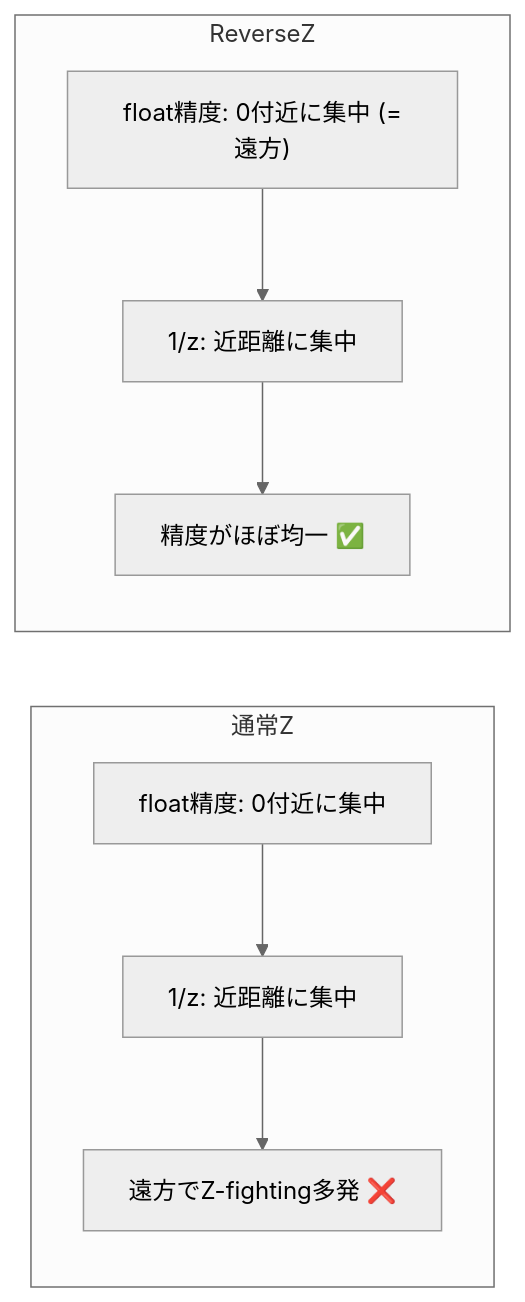
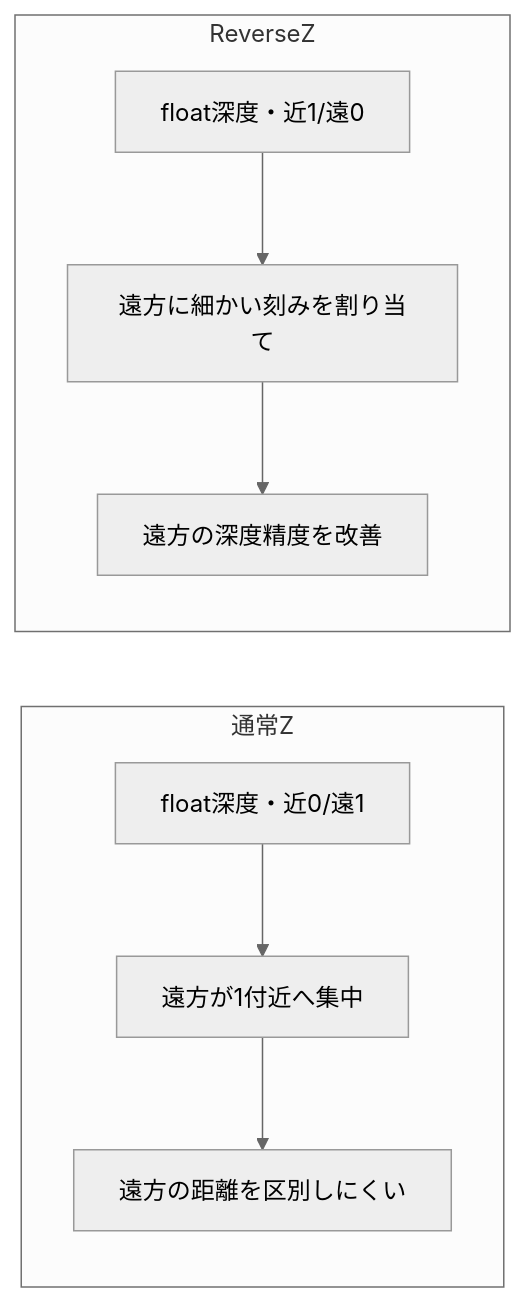
One commit to sny0/sny0.github.io changed the diagram in study/docs/math/rendering/camera.md. Above: the diagram before and after it, drawn with Mermaid (neutral theme). The commit also changed other lines of this file and 15 other files, not shown here.

````diff
--- a/study/docs/math/rendering/camera.md
+++ b/study/docs/math/rendering/camera.md
@@ -86,9 +91,9 @@
 ```mermaid
 flowchart LR
     subgraph 通常Z
-        A["float精度: 0付近に集中"] --> B["1/z: 近距離に集中"] --> C["遠方でZ-fighting多発 ❌"]
+        A["float深度・近0/遠1"] --> B["遠方が1付近へ集中"] --> C["遠方の距離を区別しにくい"]
     end
     subgraph ReverseZ
-        D["float精度: 0付近に集中 (=遠方)"] --> E["1/z: 近距離に集中"] --> F["精度がほぼ均一 ✅"]
+        D["float深度・近1/遠0"] --> E["遠方に細かい刻みを割り当て"] --> F["遠方の深度精度を改善"]
     end
 ```
````
